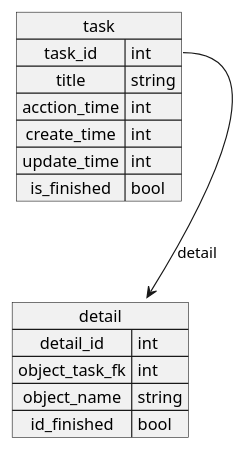
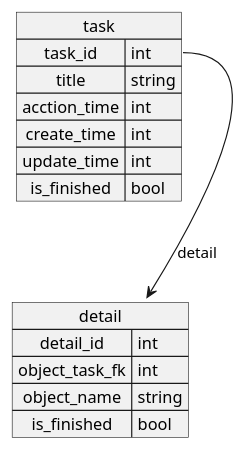
One commit to tris-tux/go-lis changed the diagram in postgres/stuk.pu. Above: the diagram before and after it, drawn with PlantUML. The commit also changed 6 other files, not shown here.

```diff
--- a/postgres/stuk.pu
+++ b/postgres/stuk.pu
@@ -1,20 +1,20 @@
 @startuml
 
 map task {
     task_id => int
     title => string
     acction_time => int
     create_time => int
     update_time => int
     is_finished => bool
 }
 
 map detail {
     detail_id => int
     object_task_fk => int
     object_name => string
-    id_finished => bool
+    is_finished => bool
 }
 
 task::task_id --> detail::objecttaskfk : detail 
 @enduml
```
